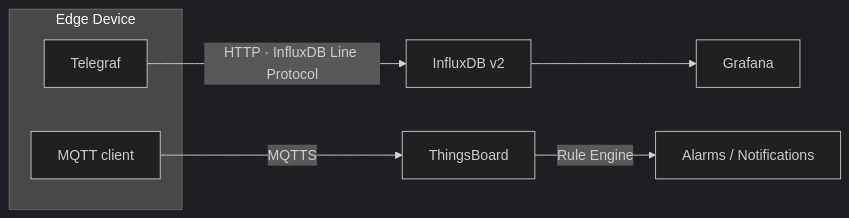
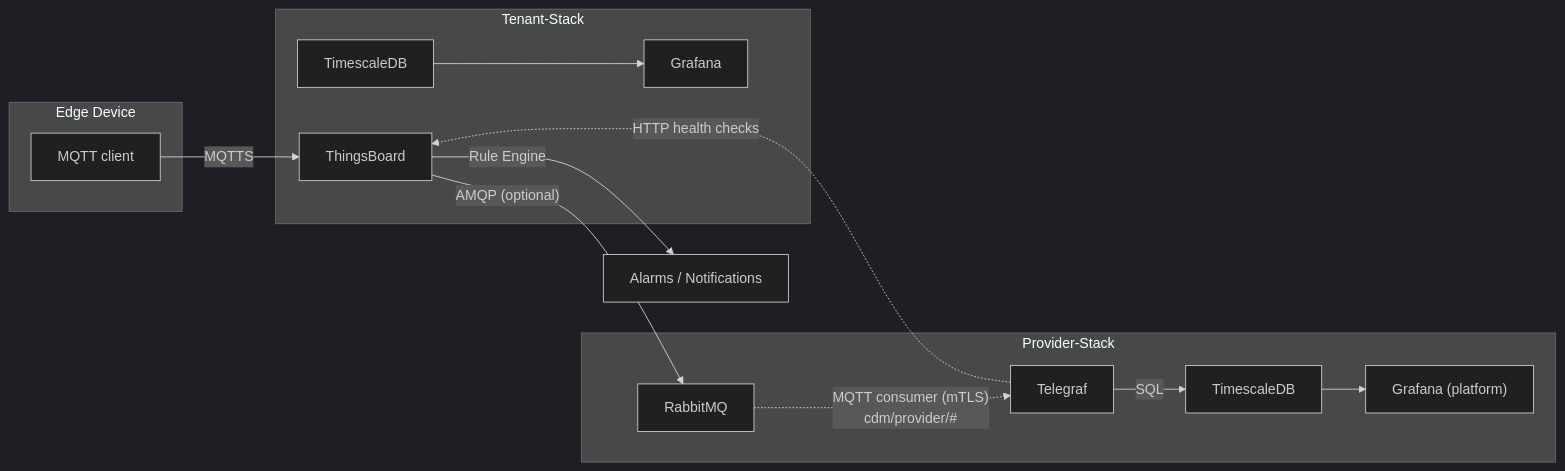
The diagram in docs/workflows/monitoring.md (the78mole/complete-device-management), drawn with Mermaid (dark theme) before and after one commit. The commit also changed other lines of this file and 237 other files, not shown here.

Commit message:
feat: CDM platform – full stack overhaul

````diff
--- a/docs/workflows/monitoring.md
+++ b/docs/workflows/monitoring.md
@@ -9,11 +10,28 @@
 ```mermaid
 graph LR
     subgraph edge[Edge Device]
-        TEL[Telegraf]
         MQC[MQTT client]
     end
-    TEL -->|"HTTP · InfluxDB Line Protocol"| IDB[InfluxDB v2]
-    IDB --> GRF[Grafana]
-    MQC -->|MQTTS| TB[ThingsBoard]
+
+    subgraph tenant[Tenant-Stack]
+        TB[ThingsBoard]
+        TSDB_T[TimescaleDB]
+        GRF_T[Grafana]
+        TSDB_T --> GRF_T
+    end
+
+    subgraph provider[Provider-Stack]
+        RMQ[RabbitMQ]
+        TLG[Telegraf]
+        TSDB_P[TimescaleDB]
+        GRF_P["Grafana (platform)"]
+        TSDB_P --> GRF_P
+    end
+
+    MQC -->|MQTTS| TB
     TB -->|Rule Engine| ALM["Alarms / Notifications"]
+    TB -->|"AMQP (optional)"| RMQ
+    RMQ -.->|"MQTT consumer (mTLS)\ncdm/provider/#"| TLG
+    TLG -->|SQL| TSDB_P
+    TLG -.->|"HTTP health checks"| TB
 ```
````
